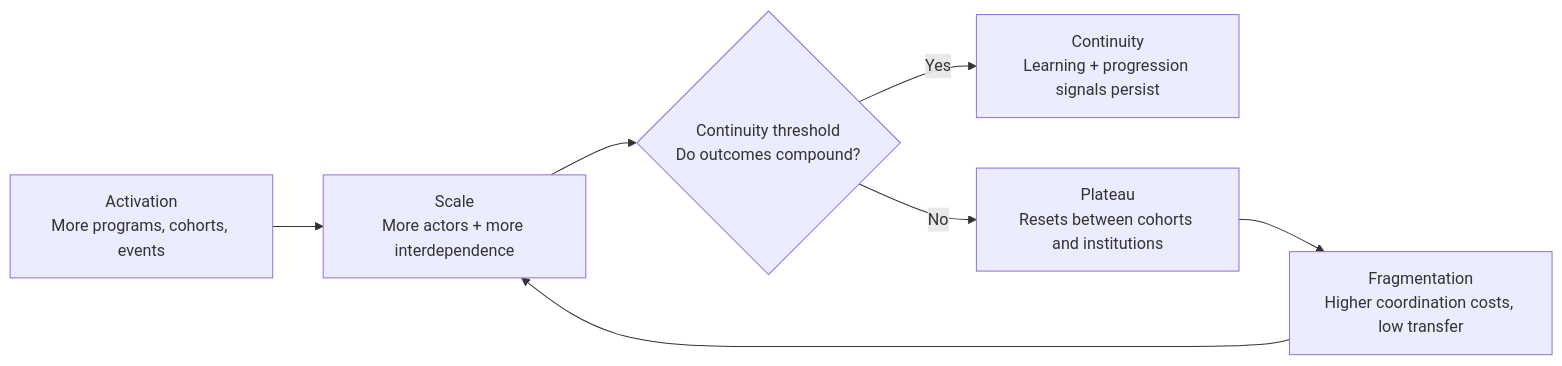
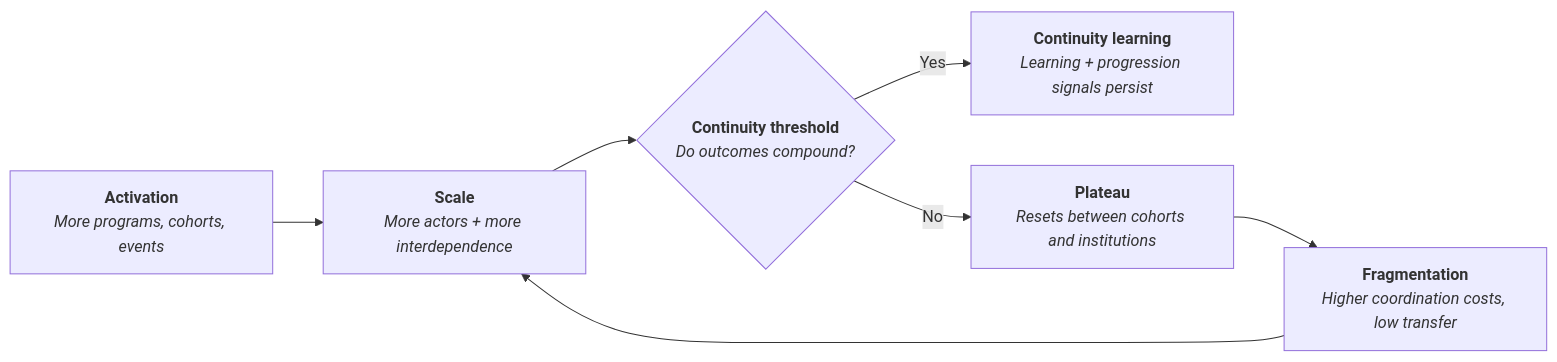
One commit to doulabglobal/doulab-site changed the first of 4 diagrams in blog/2026-01-19-coordination-threshold.md. Above: the diagram before and after it, drawn with Mermaid. The commit also changed other lines of this file, not shown here.

Commit message:
docs(blog): polish mermaid diagrams and replace booking links with CTA cards

````diff
--- a/blog/2026-01-19-coordination-threshold.md
+++ b/blog/2026-01-19-coordination-threshold.md
@@ -62,9 +63,9 @@
 ```mermaid
 flowchart LR
-  A[Activation\nMore programs, cohorts, events] --> B[Scale\nMore actors + more interdependence]
-  B --> C{Continuity threshold\nDo outcomes compound?}
-  C -->|Yes| D[Continuity\nLearning + progression signals persist]
-  C -->|No| E[Plateau\nResets between cohorts and institutions]
-  E --> F[Fragmentation\nHigher coordination costs, low transfer]
+  A["<b>Activation</b><br/><i>More programs, cohorts, events</i>"] --> B["<b>Scale</b><br/><i>More actors + more interdependence</i>"]
+  B --> C{"<b>Continuity threshold</b><br/><i>Do outcomes compound?</i>"}
+  C -->|Yes| D["<b>Continuity learning</b><br/><i>Learning + progression signals persist</i>"]
+  C -->|No| E["<b>Plateau</b><br/><i>Resets between cohorts and institutions</i>"]
+  E --> F["<b>Fragmentation</b><br/><i>Higher coordination costs, low transfer</i>"]
   F --> B
 ```
````
